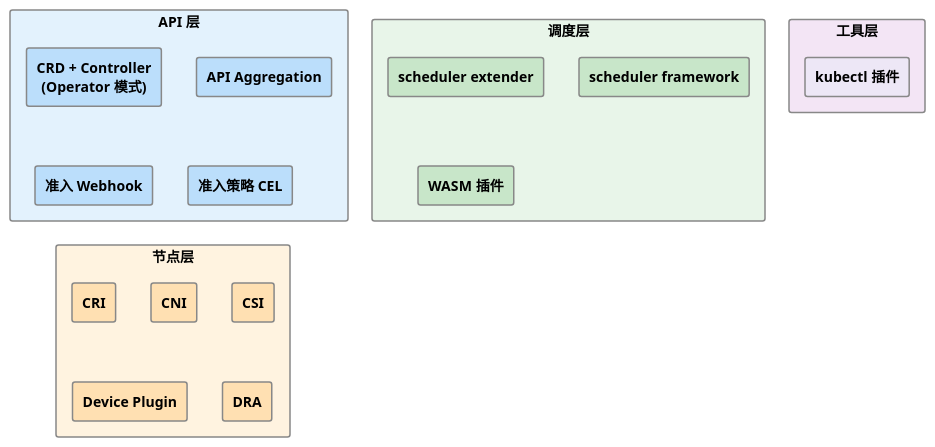
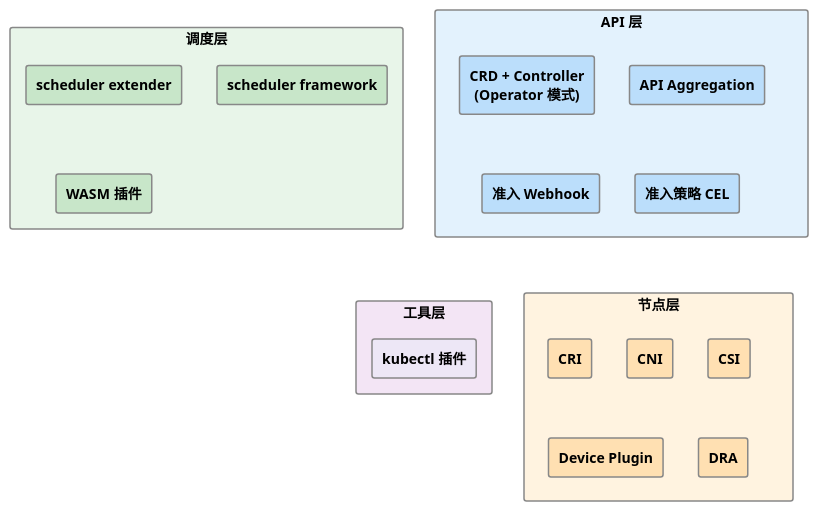
One commit to togettoyou/kubernetes-src-notes changed the diagram in content/extensions/_index.md. Above: the diagram before and after it, drawn with PlantUML. The commit also changed 1 other file, not shown here.

Commit message:
4/2更新

````diff
--- a/content/extensions/_index.md
+++ b/content/extensions/_index.md
@@ -24,34 +24,40 @@
 ```plantuml
 @startuml
 !theme plain
 skinparam defaultTextAlignment center
 skinparam rectangleBorderColor #888888
 skinparam rectangleBorderThickness 1.5
 skinparam rectangleFontStyle bold
 
-rectangle "工具层" as toolLayer #F3E5F5 {
-  rectangle "kubectl 插件" as kubectl #EDE7F6
+together {
+  rectangle "API 层" as apiLayer #E3F2FD {
+    rectangle "CRD + Controller\n(Operator 模式)" as crd #BBDEFB
+    rectangle "API Aggregation" as aa #BBDEFB
+    rectangle "准入 Webhook" as webhook #BBDEFB
+    rectangle "准入策略 CEL" as cel #BBDEFB
+  }
+
+  rectangle "调度层" as schedulerLayer #E8F5E9 {
+    rectangle "scheduler extender" as extender #C8E6C9
+    rectangle "scheduler framework" as framework #C8E6C9
+    rectangle "WASM 插件" as wasm #C8E6C9
+  }
 }
 
-rectangle "API 层" as apiLayer #E3F2FD {
-  rectangle "CRD + Controller\n(Operator 模式)" as crd #BBDEFB
-  rectangle "API Aggregation" as aa #BBDEFB
-  rectangle "准入 Webhook" as webhook #BBDEFB
-  rectangle "准入策略 CEL" as cel #BBDEFB
+together {
+  rectangle "节点层" as nodeLayer #FFF3E0 {
+    rectangle "CRI" as cri #FFE0B2
+    rectangle "CNI" as cni #FFE0B2
+    rectangle "CSI" as csi #FFE0B2
+    rectangle "Device Plugin" as dp #FFE0B2
+    rectangle "DRA" as dra #FFE0B2
+  }
+
+  rectangle "工具层" as toolLayer #F3E5F5 {
+    rectangle "kubectl 插件" as kubectl #EDE7F6
+  }
 }
 
-rectangle "调度层" as schedulerLayer #E8F5E9 {
-  rectangle "scheduler extender" as extender #C8E6C9
-  rectangle "scheduler framework" as framework #C8E6C9
-  rectangle "WASM 插件" as wasm #C8E6C9
-}
-
-rectangle "节点层" as nodeLayer #FFF3E0 {
-  rectangle "CRI" as cri #FFE0B2
-  rectangle "CNI" as cni #FFE0B2
-  rectangle "CSI" as csi #FFE0B2
-  rectangle "Device Plugin" as dp #FFE0B2
-  rectangle "DRA" as dra #FFE0B2
-}
+apiLayer -[hidden]down-> nodeLayer
 @enduml
 ```
````
